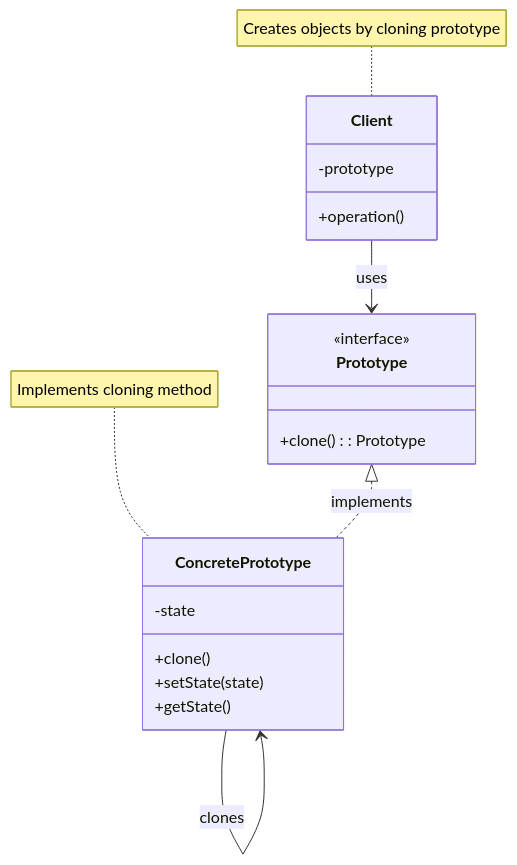
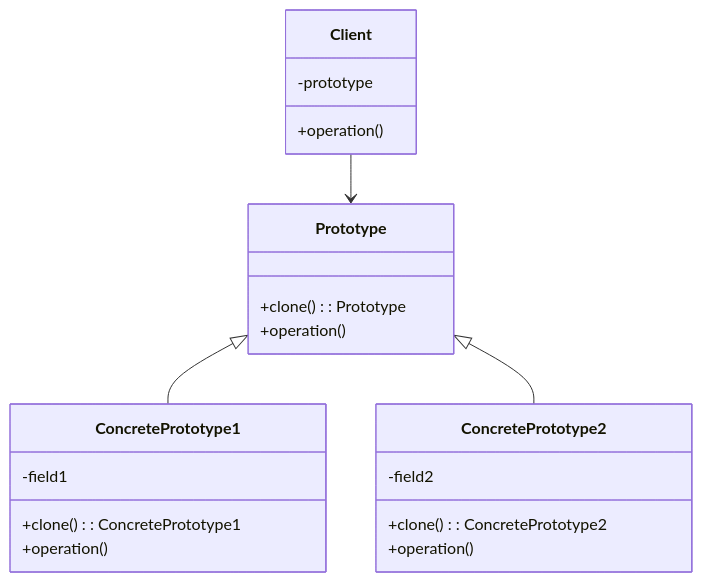
One commit to fanly/DesignPattern changed the first of 4 diagrams in resources/design-patterns/laravel/creational/prototype_en.md. Above: the diagram before and after it, drawn with Mermaid. The commit also changed other lines of this file and 11 other files, not shown here.

````diff
--- a/resources/design-patterns/laravel/creational/prototype_en.md
+++ b/resources/design-patterns/laravel/creational/prototype_en.md
@@ -11,26 +24,28 @@
 ```mermaid
 classDiagram
     class Prototype {
-        <<interface>>
         +clone(): Prototype
+        +operation()
     }
     
-    class ConcretePrototype {
-        -state
-        +clone()
-        +setState(state)
-        +getState()
+    class ConcretePrototype1 {
+        -field1
+        +clone(): ConcretePrototype1
+        +operation()
+    }
+    
+    class ConcretePrototype2 {
+        -field2
+        +clone(): ConcretePrototype2
+        +operation()
     }
     
     class Client {
         -prototype
         +operation()
     }
     
-    Prototype <|.. ConcretePrototype : implements
-    Client --> Prototype : uses
-    ConcretePrototype --> ConcretePrototype : clones
-    
-    note for ConcretePrototype "Implements cloning method"
-    note for Client "Creates objects by cloning prototype"
+    Prototype <|-- ConcretePrototype1
+    Prototype <|-- ConcretePrototype2
+    Client --> Prototype
 ```
````
